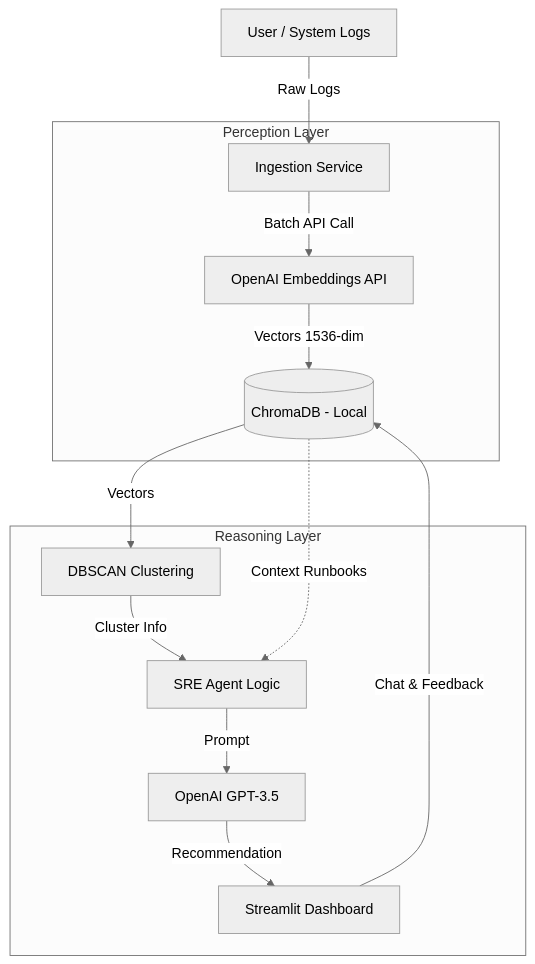
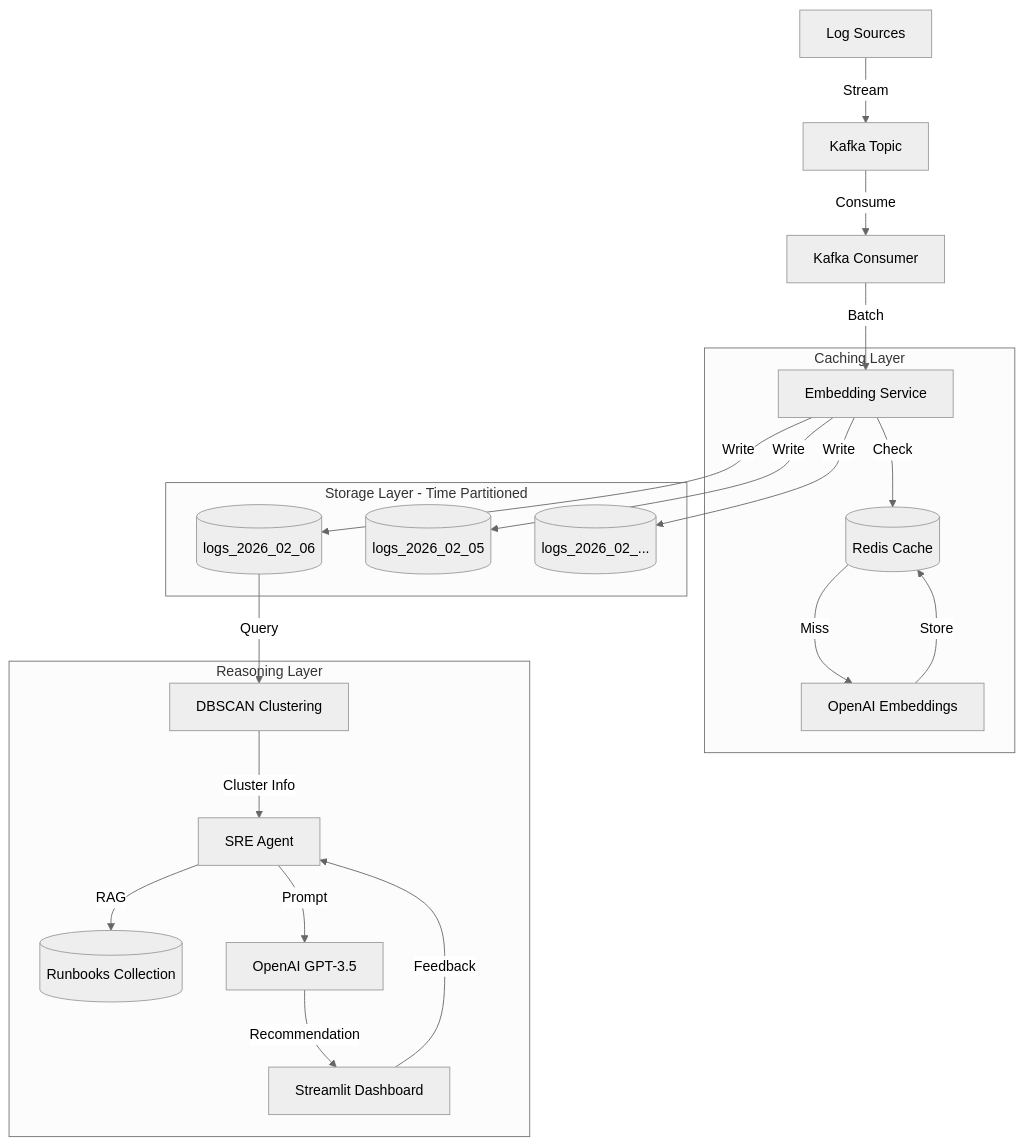
The diagram in README.md (sanjibani/autonomous-sre-agent), drawn with Mermaid (neutral theme) before and after one commit. The commit also changed other lines of this file and 6 other files, not shown here.

Commit message:
Implement scalability features: Kafka, Redis, Partitioning

````diff
--- a/README.md
+++ b/README.md
@@ -22,19 +24,28 @@
 ```mermaid
 graph TD
-    User[User / System Logs] -->|Raw Logs| Ingest[Ingestion Service]
+    Logs[Log Sources] -->|Stream| Kafka[Kafka Topic]
+    Kafka -->|Consume| Consumer[Kafka Consumer]
+    Consumer -->|Batch| Embed[Embedding Service]
     
-    subgraph "Perception Layer"
-        Ingest -->|Batch API Call| OpenAI[OpenAI Embeddings API]
-        OpenAI -->|Vectors 1536-dim| VectorDB[("ChromaDB - Local")]
+    subgraph "Caching Layer"
+        Embed -->|Check| Redis[(Redis Cache)]
+        Redis -->|Miss| OpenAI[OpenAI Embeddings]
+        OpenAI -->|Store| Redis
+    end
+    
+    subgraph "Storage Layer - Time Partitioned"
+        Embed -->|Write| Today[(logs_2026_02_06)]
+        Embed -->|Write| Yesterday[(logs_2026_02_05)]
+        Embed -->|Write| Older[(logs_2026_02_...)]
     end
     
     subgraph "Reasoning Layer"
-        VectorDB -->|Vectors| Clustering[DBSCAN Clustering]
-        Clustering -->|Cluster Info| Agent[SRE Agent Logic]
-        VectorDB -.->|Context Runbooks| Agent
+        Today -->|Query| Clustering[DBSCAN Clustering]
+        Clustering -->|Cluster Info| Agent[SRE Agent]
+        Agent -->|RAG| Runbooks[(Runbooks Collection)]
         Agent -->|Prompt| GPT[OpenAI GPT-3.5]
         GPT -->|Recommendation| Dashboard[Streamlit Dashboard]
     end
     
-    Dashboard -->|Chat & Feedback| VectorDB
+    Dashboard -->|Feedback| Agent
 ```
````
